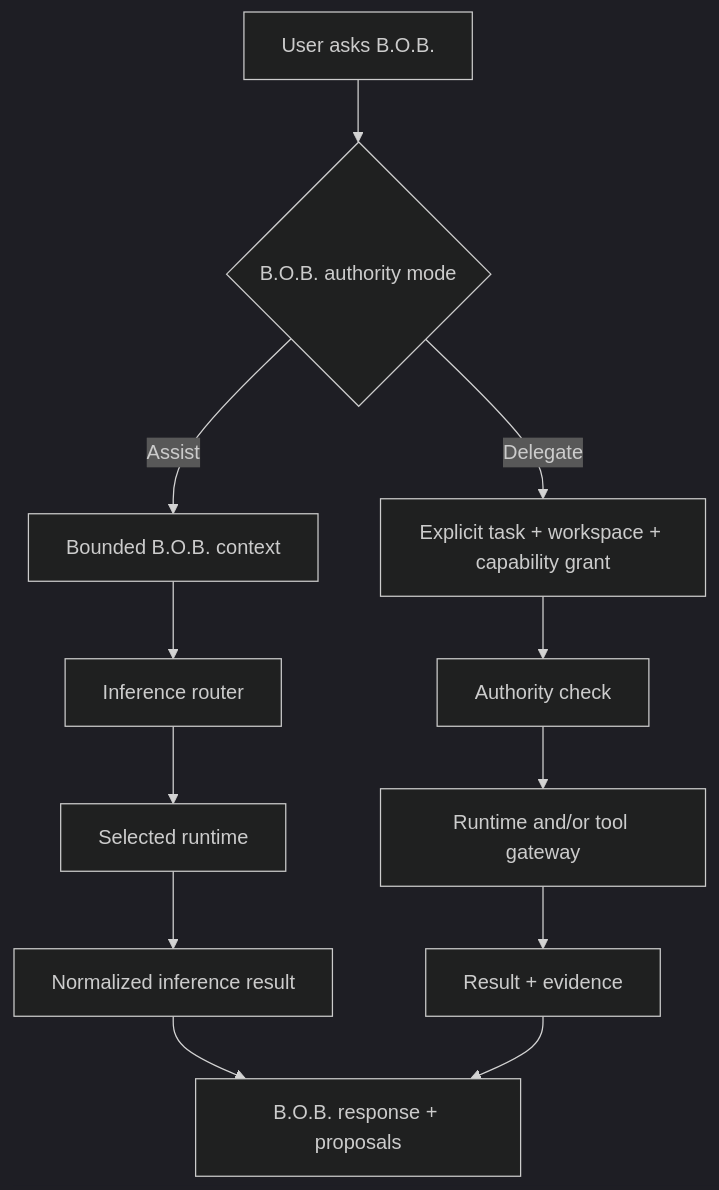
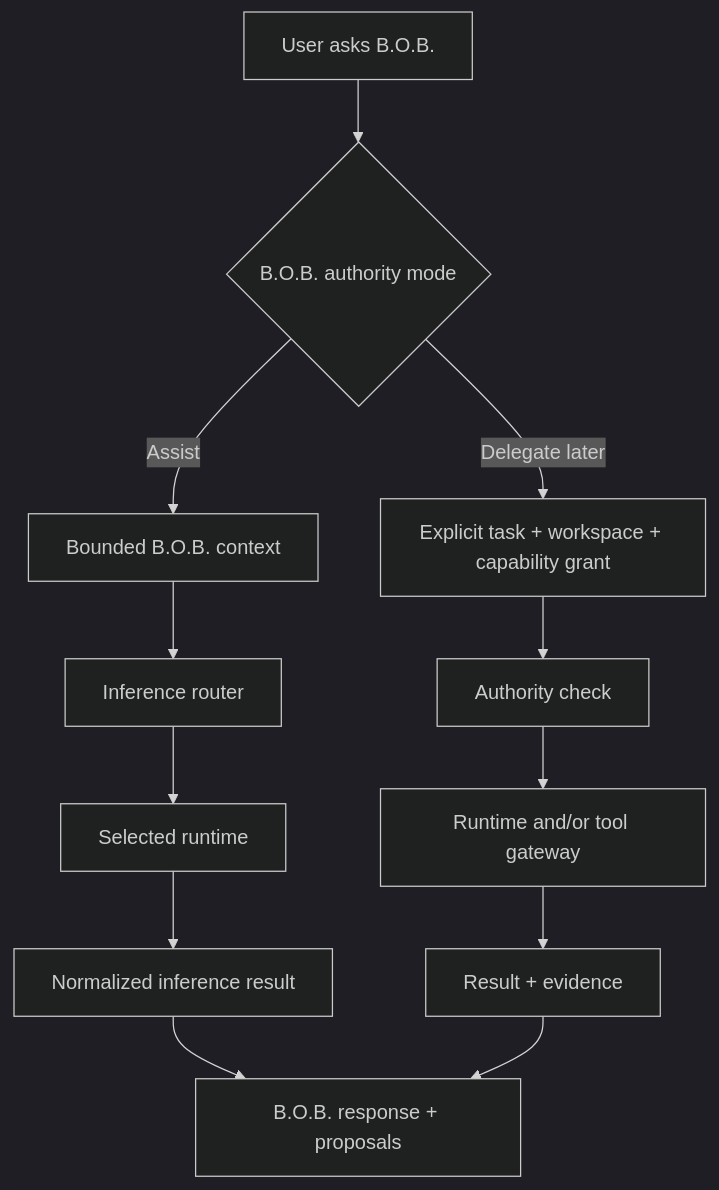
One commit to Knapp-Kevin/B.O.B. changed the diagram in docs/rfc/RFC-0002-runtime-adapter-protocol.md. Above: the diagram before and after it, drawn with Mermaid (dark theme). The commit also changed other lines of this file, not shown here.

````diff
--- a/docs/rfc/RFC-0002-runtime-adapter-protocol.md
+++ b/docs/rfc/RFC-0002-runtime-adapter-protocol.md
@@ -92,16 +112,16 @@
 ```mermaid
 flowchart TB
     REQ[User asks B.O.B.] --> MODE{B.O.B. authority mode}
 
     MODE -- Assist --> CTX[Bounded B.O.B. context]
     CTX --> ROUTE[Inference router]
     ROUTE --> RUNTIME[Selected runtime]
     RUNTIME --> RESULT[Normalized inference result]
     RESULT --> BOB[B.O.B. response + proposals]
 
-    MODE -- Delegate --> GRANT[Explicit task + workspace + capability grant]
+    MODE -- Delegate later --> GRANT[Explicit task + workspace + capability grant]
     GRANT --> POLICY[Authority check]
     POLICY --> EXEC[Runtime and/or tool gateway]
     EXEC --> EVIDENCE[Result + evidence]
     EVIDENCE --> BOB
 ```
````
